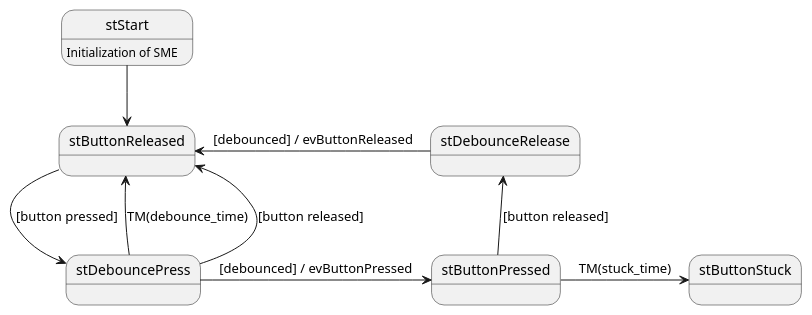
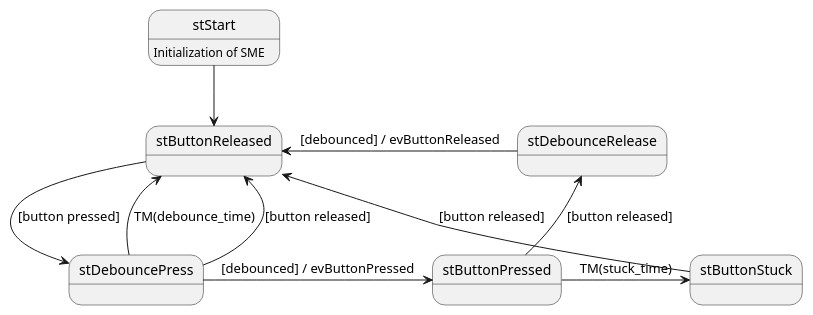
Before and after one commit to kbecker0619/cwsw_arch_doc: the second of 2 diagrams in test/ecproject/README.md, drawn with PlantUML. The commit also changed 1 other file, not shown here.

Commit message:
To Button SM, added transitino Stuck -> Released

````diff
--- a/test/ecproject/README.md
+++ b/test/ecproject/README.md
@@ -61,18 +61,19 @@
 ```plantuml
 @startuml
 
 stStart -d-> stButtonReleased
 stStart: Initialization of SME
 stButtonReleased -d-> stDebouncePress: [button pressed]
 stDebouncePress -r-> stButtonPressed: [debounced] / evButtonPressed
 stButtonPressed -u-> stDebounceRelease: [button released]
 stDebounceRelease -l-> stButtonReleased: [debounced] / evButtonReleased
 
 stDebouncePress -> stButtonReleased: TM(debounce_time)
 stDebouncePress -> stButtonReleased: [button released]
 
 stButtonPressed -> stButtonStuck: TM(stuck_time)
+stButtonStuck -> stButtonReleased: [button released]
 
 @enduml
 
 ```
````
